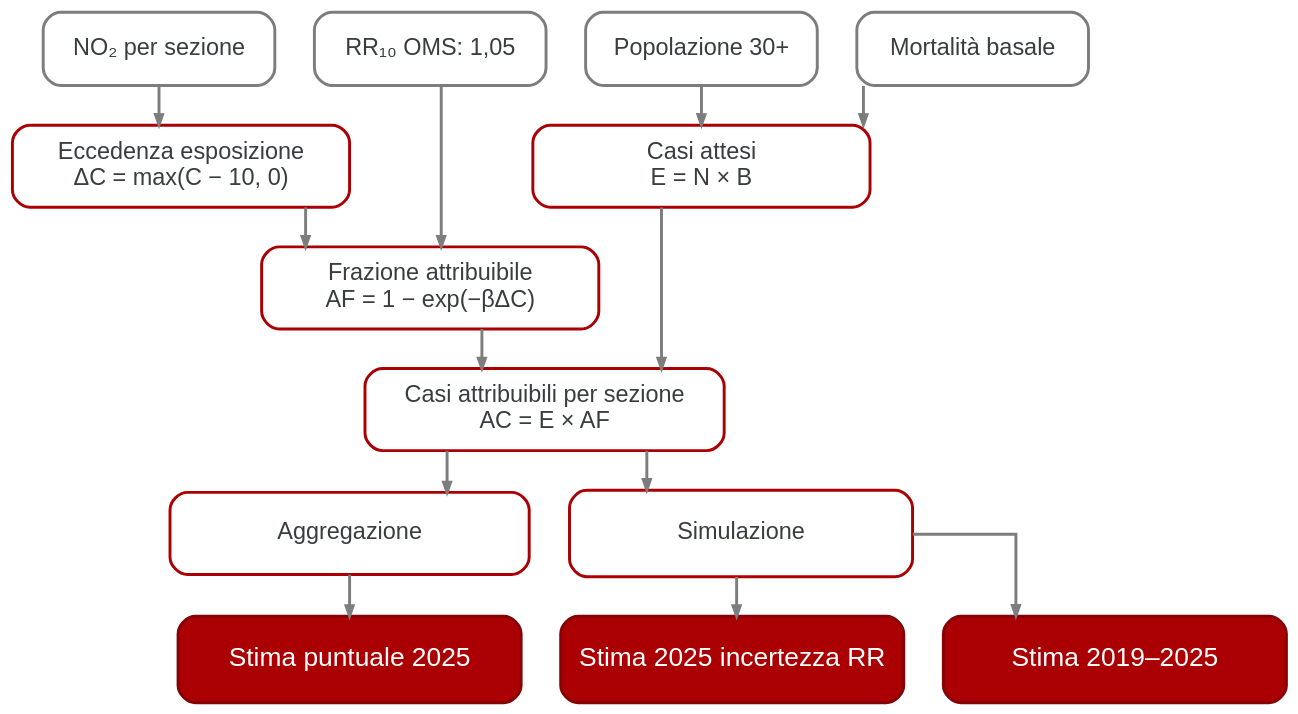
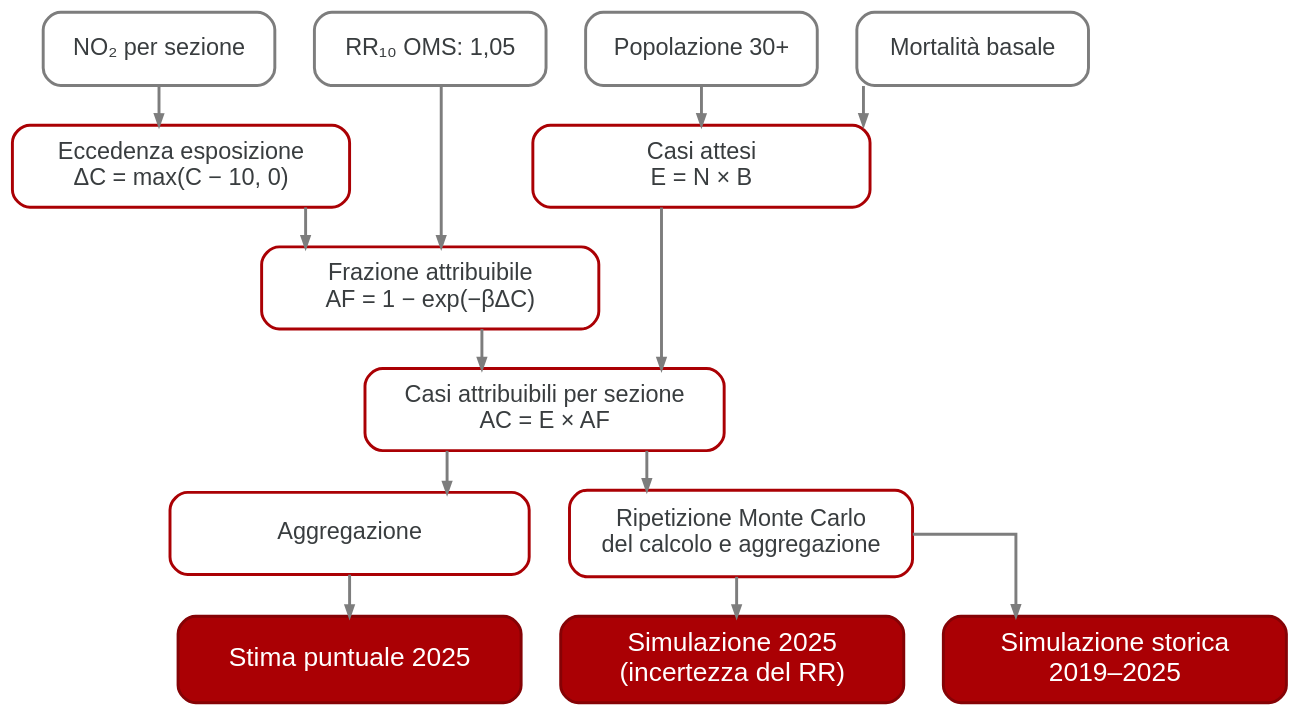
Before and after one commit to maxbre/aaaa_pw_brcps_slides: the diagram in my_slides_quarto_brcps26.qmd, drawn with Graphviz. The commit also changed other lines of this file, not shown here.

Commit message:
rev flowchart vis

````diff
--- a/my_slides_quarto_brcps26.qmd
+++ b/my_slides_quarto_brcps26.qmd
@@ -204,34 +204,34 @@
   ];
 
   K [
-    label="Stima 2025 incertezza RR",
-    width=3.25,
-    height=0.82,
-    fontsize=18,
-    fillcolor="#AA0004",
-    color="#850205",
-    fontcolor="#FFFFFF"
-  ];
+  label="Simulazione 2025\n(incertezza del RR)",
+  width=3.25,
+  height=0.82,
+  fontsize=18,
+  fillcolor="#AA0004",
+  color="#850205",
+  fontcolor="#FFFFFF"
+];
 
-  L [
-    label="Stima 2019–2025",
-    width=3.25,
-    height=0.82,
-    fontsize=18,
-    fillcolor="#AA0004",
-    color="#850205",
-    fontcolor="#FFFFFF"
-  ];
+L [
+  label="Simulazione storica\n2019–2025",
+  width=3.25,
+  height=0.82,
+  fontsize=18,
+  fillcolor="#AA0004",
+  color="#850205",
+  fontcolor="#FFFFFF"
+];
 
- M [
-    label="Simulazione",
+M [
+    label="Ripetizione Monte Carlo\ndel calcolo e aggregazione",
     width=3.25,
     height=0.82,
     fillcolor="#FFFFFF",
     color="#AA0004",
     fontcolor="#393D3F"
   ];
-  
+
   { rank=same; A; B; C; D; }
   { rank=same; E; F;}
   { rank=same; I; M; }
@@ -254,4 +254,6 @@
 J -> K [style=invis, weight=100];
 K -> L [style=invis, weight=100];
 }
+
+
 ```
````
